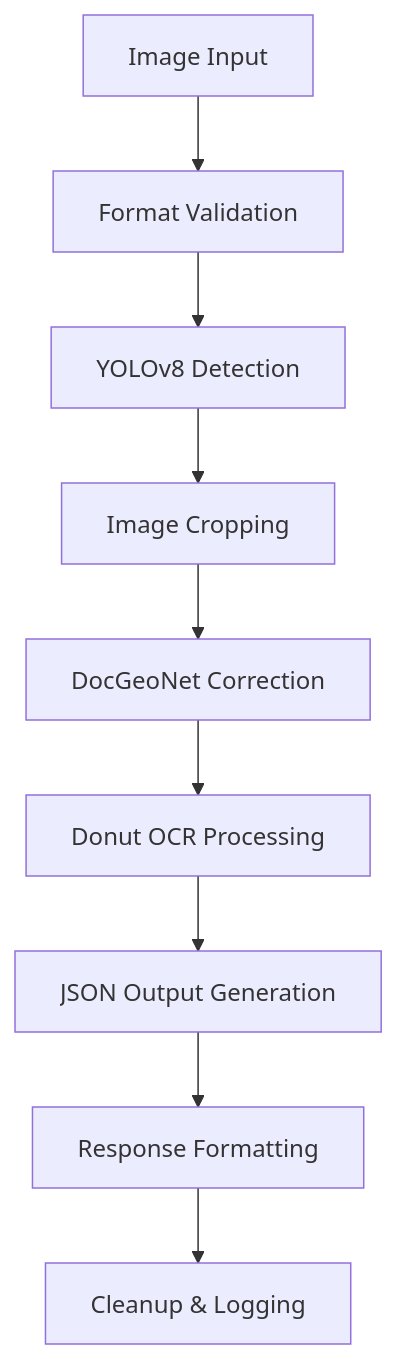
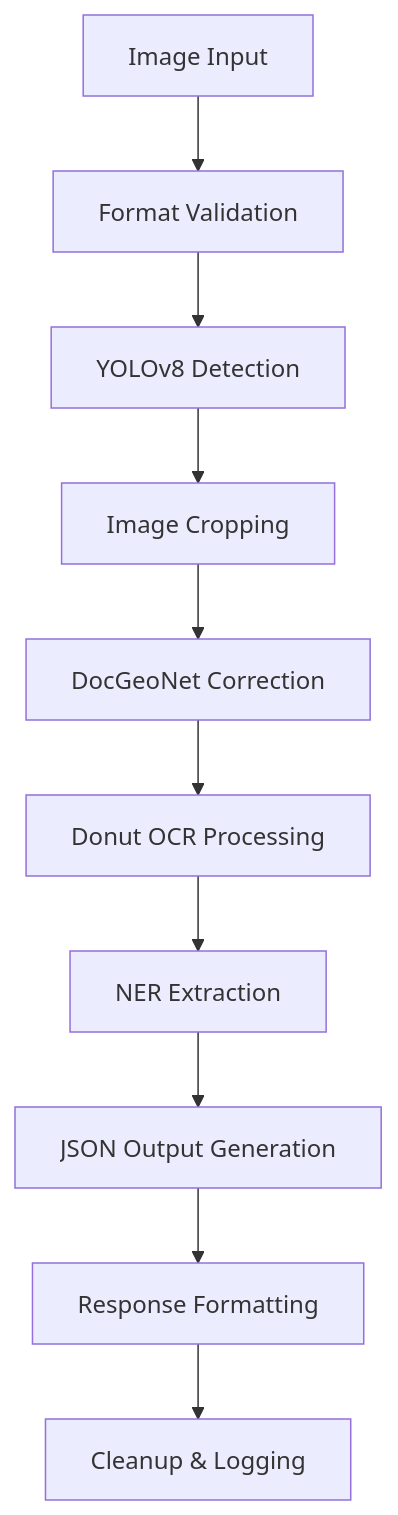
One commit to ahmedsaid47/InvoiceToJson changed the diagram in PROJE_RAPORU.md. Above: the diagram before and after it, drawn with Mermaid. The commit also changed other lines of this file, not shown here.

Commit message:
Add NER description to project report

````diff
--- a/PROJE_RAPORU.md
+++ b/PROJE_RAPORU.md
@@ -239,11 +253,12 @@
 ```mermaid
 graph TD
     A[Image Input] --> B[Format Validation]
     B --> C[YOLOv8 Detection]
     C --> D[Image Cropping]
     D --> E[DocGeoNet Correction]
     E --> F[Donut OCR Processing]
-    F --> G[JSON Output Generation]
-    G --> H[Response Formatting]
-    H --> I[Cleanup & Logging]
+    F --> G[NER Extraction]
+    G --> H[JSON Output Generation]
+    H --> I[Response Formatting]
+    I --> J[Cleanup & Logging]
 ```
````
